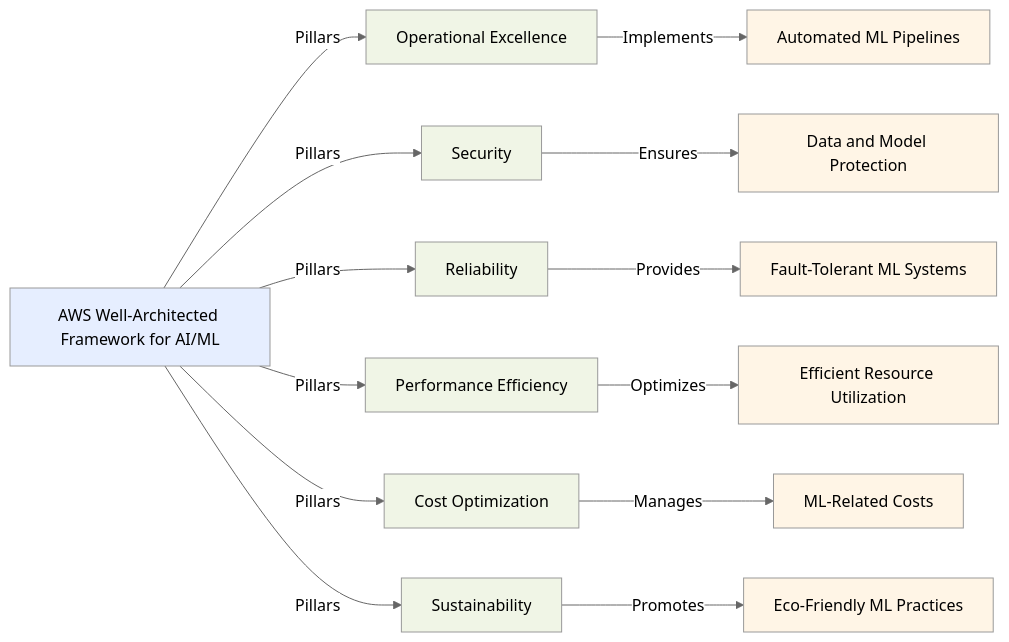
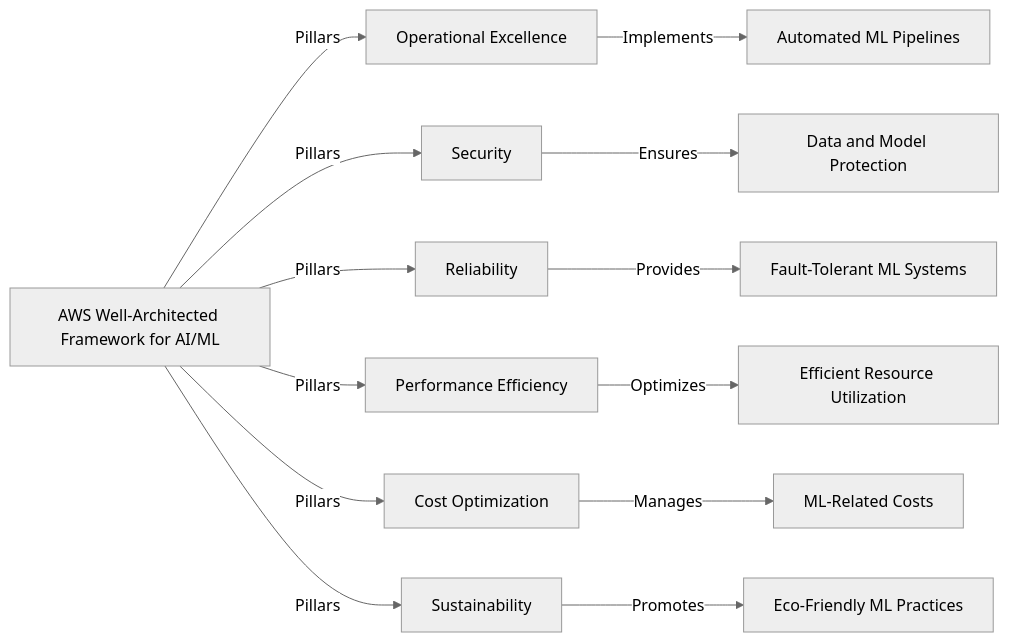
The diagram in english/60_30_AWS_Well-Architected_Framework_for_AI_ML.md (CloudCityPress/aws-aif-c01), drawn with Mermaid (neutral theme) before and after one commit. The commit also changed 16 other files, not shown here.

Commit message:
updating Mermaids

````diff
--- a/english/60_30_AWS_Well-Architected_Framework_for_AI_ML.md
+++ b/english/60_30_AWS_Well-Architected_Framework_for_AI_ML.md
@@ -63,30 +63,17 @@
 ```mermaid
 flowchart LR
     A[AWS Well-Architected Framework for AI/ML] -->|Pillars| B[Operational Excellence]
     A -->|Pillars| C[Security]
     A -->|Pillars| D[Reliability]
     A -->|Pillars| E[Performance Efficiency]
     A -->|Pillars| F[Cost Optimization]
     A -->|Pillars| G[Sustainability]
     
     B -->|Implements| H[Automated ML Pipelines]
     C -->|Ensures| I[Data and Model Protection]
     D -->|Provides| J[Fault-Tolerant ML Systems]
     E -->|Optimizes| K[Efficient Resource Utilization]
     F -->|Manages| L[ML-Related Costs]
     G -->|Promotes| M[Eco-Friendly ML Practices]
-    
-    style A fill:#e6eeff
-    style B fill:#f0f5e6
-    style C fill:#f0f5e6
-    style D fill:#f0f5e6
-    style E fill:#f0f5e6
-    style F fill:#f0f5e6
-    style G fill:#f0f5e6
-    style H fill:#fff5e6
-    style I fill:#fff5e6
-    style J fill:#fff5e6
-    style K fill:#fff5e6
-    style L fill:#fff5e6
-    style M fill:#fff5e6
+
 ```
````
